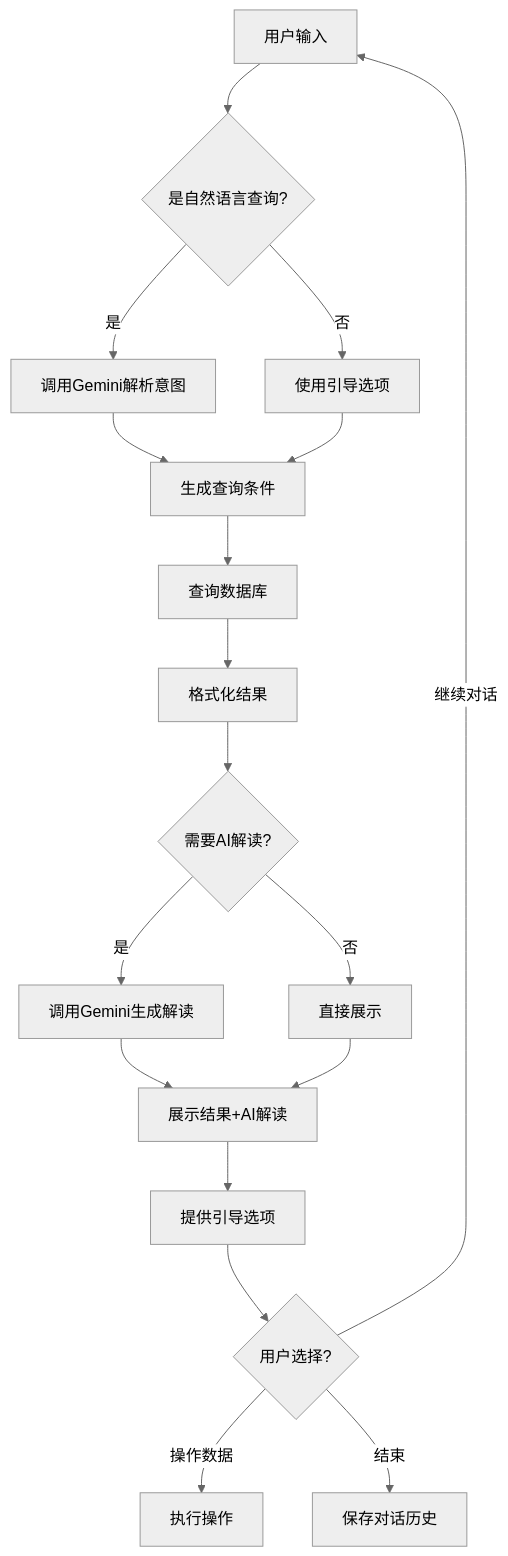
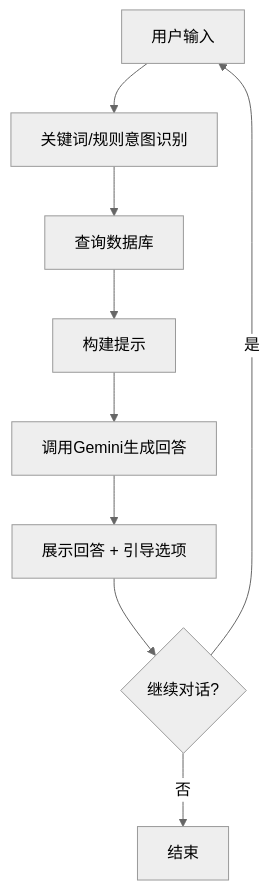
One commit to Wekhoh/Zeoprix-AMZ-ST-ALY-SYSTEM changed the fourth of 4 diagrams in docs/Design.md. Above: the diagram before and after it, drawn with Mermaid (neutral theme). The commit also changed other lines of this file and 12 other files, not shown here.

````diff
--- a/docs/Design.md
+++ b/docs/Design.md
@@ -358,20 +434,11 @@
 ```mermaid
 flowchart TB
-    A[用户输入] --> B{是自然语言查询?}
-    B -->|是| C[调用Gemini解析意图]
-    B -->|否| D[使用引导选项]
-    C --> E[生成查询条件]
-    D --> E
-    E --> F[查询数据库]
-    F --> G[格式化结果]
-    G --> H{需要AI解读?}
-    H -->|是| I[调用Gemini生成解读]
-    H -->|否| J[直接展示]
-    I --> K[展示结果+AI解读]
-    J --> K
-    K --> L[提供引导选项]
-    L --> M{用户选择?}
-    M -->|继续对话| A
-    M -->|操作数据| N[执行操作]
-    M -->|结束| O[保存对话历史]
+    A[用户输入] --> B[关键词/规则意图识别]
+    B --> C[查询数据库]
+    C --> D[构建提示]
+    D --> E[调用Gemini生成回答]
+    E --> F[展示回答 + 引导选项]
+    F --> G{继续对话?}
+    G -->|是| A
+    G -->|否| H[结束]
 ```
````
